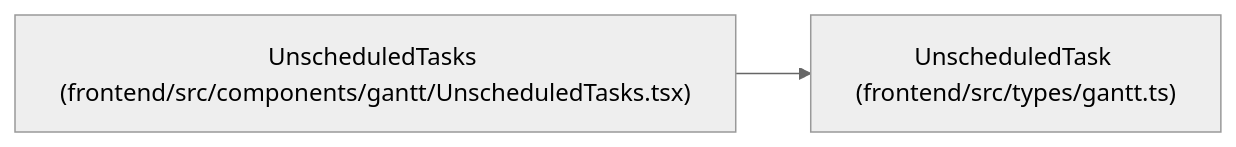
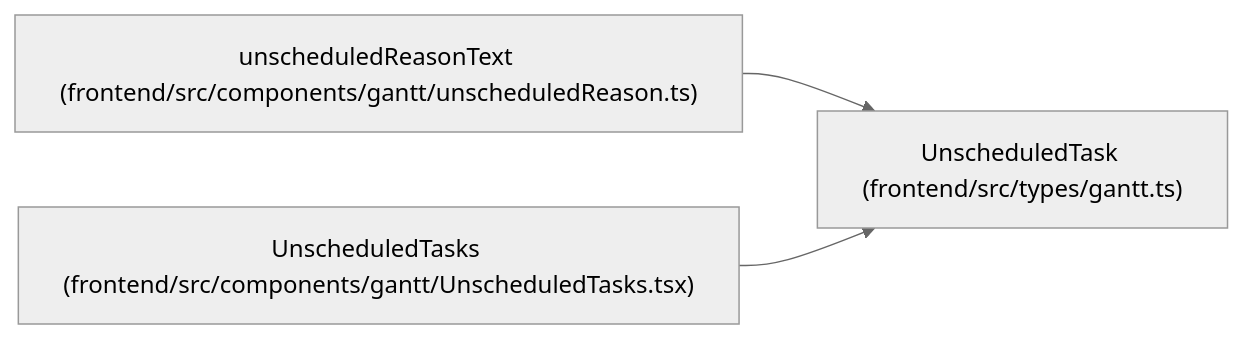
The diagram in docs/llm_wiki/entities/types_gantt_UnscheduledTask.md (Denissvgn/WorkChord), drawn with Mermaid (neutral theme) before and after one commit. The commit also changed other lines of this file and 724 other files, not shown here.

Commit message:
Sync the architectural wiki for keeping postponed tasks out of scheduling

````diff
--- a/docs/llm_wiki/entities/types_gantt_UnscheduledTask.md
+++ b/docs/llm_wiki/entities/types_gantt_UnscheduledTask.md
@@ -31,8 +32,11 @@
 ```mermaid
 flowchart LR
     n0["UnscheduledTask (frontend/src/types/gantt.ts)"]
-    n1["UnscheduledTasks (frontend/src/components/gantt/UnscheduledTasks.tsx)"]
+    n1["unscheduledReasonText (frontend/src/components/gantt/unscheduledReason.ts)"]
+    n2["UnscheduledTasks (frontend/src/components/gantt/UnscheduledTasks.tsx)"]
     n1 --> n0
+    n2 --> n0
     click n0 "../modules/types_gantt.md"
-    click n1 "../modules/UnscheduledTasks.md"
+    click n1 "../modules/unscheduledReason.md"
+    click n2 "../modules/UnscheduledTasks.md"
 ```
````
